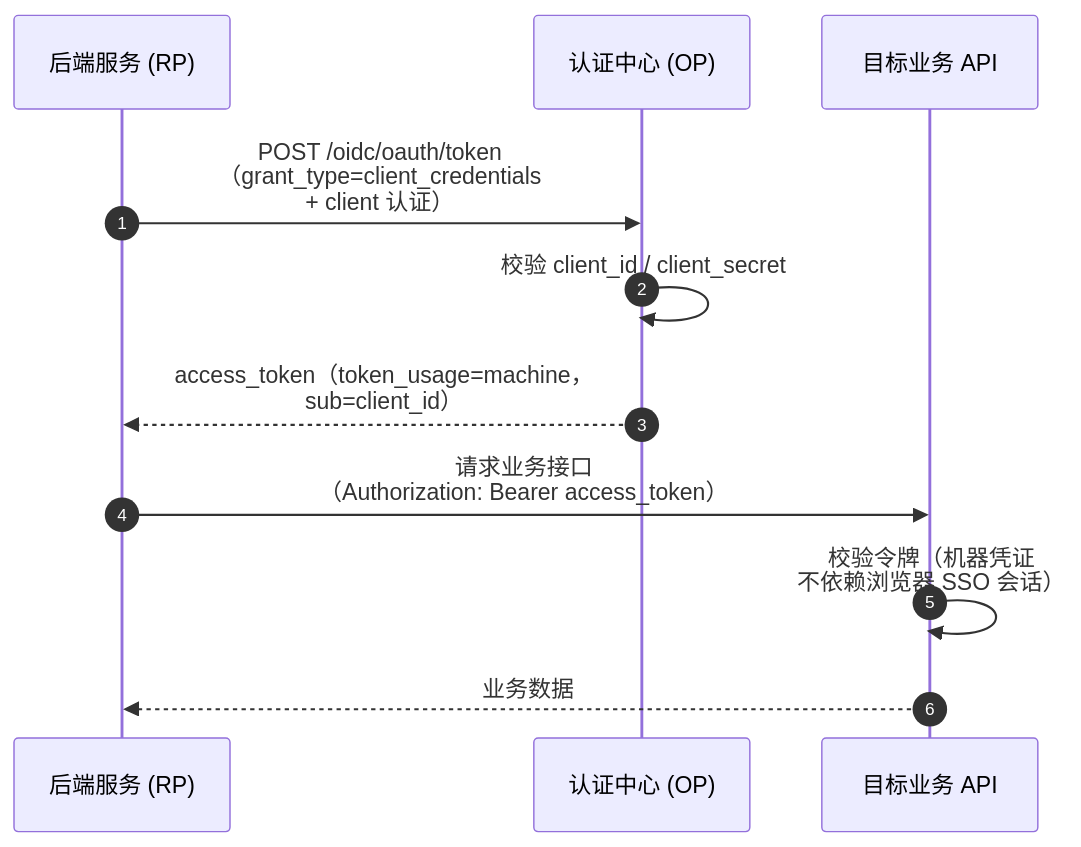
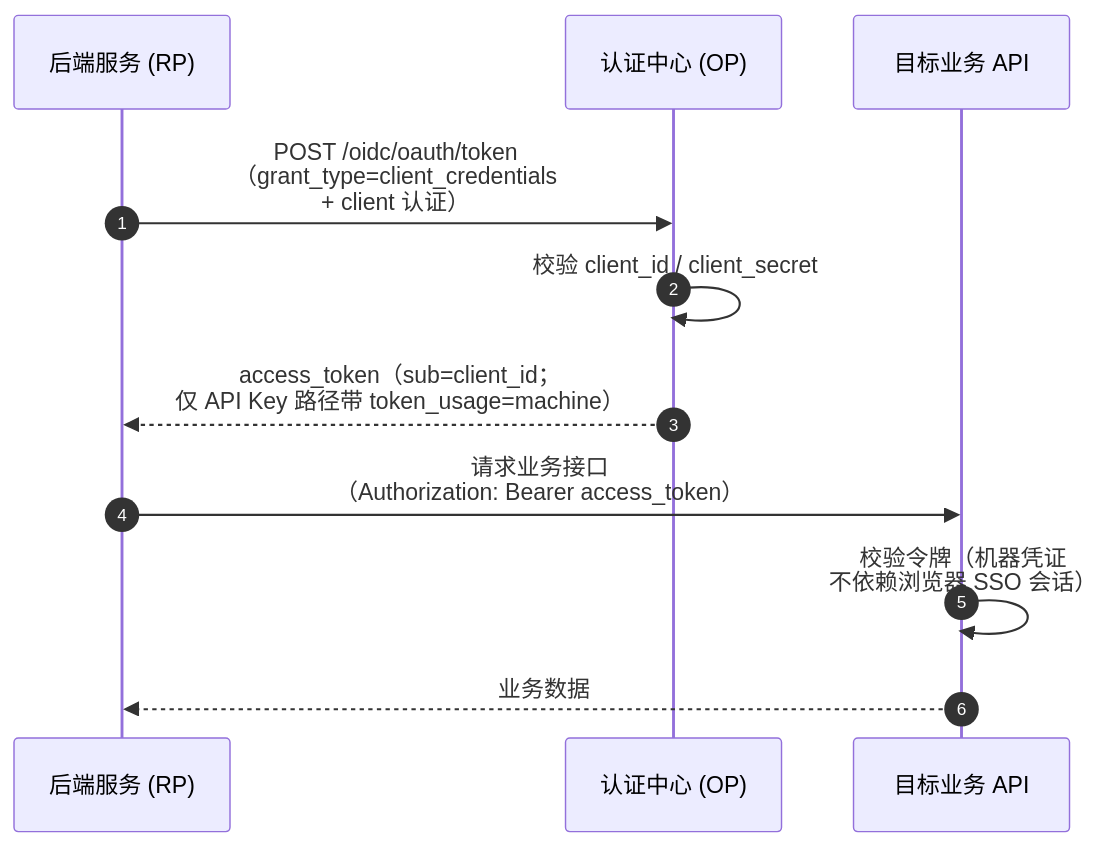
One commit to morehao/ark-iam changed the seventh of 12 diagrams in docs/design/sso-oidc-concepts.md. Above: the diagram before and after it, drawn with Mermaid. The commit also changed other lines of this file and 100 other files, not shown here.

````diff
--- a/docs/design/sso-oidc-concepts.md
+++ b/docs/design/sso-oidc-concepts.md
@@ -293,14 +297,14 @@
 ```mermaid
 sequenceDiagram
     autonumber
     participant SVC as 后端服务 (RP)
     participant OP as 认证中心 (OP)
     participant API as 目标业务 API
 
     SVC->>OP: POST /oidc/oauth/token<br/>（grant_type=client_credentials<br/>+ client 认证）
     OP->>OP: 校验 client_id / client_secret
-    OP-->>SVC: access_token（token_usage=machine，<br/>sub=client_id）
+    OP-->>SVC: access_token（sub=client_id；<br/>仅 API Key 路径带 token_usage=machine）
     SVC->>API: 请求业务接口<br/>（Authorization: Bearer access_token）
     API->>API: 校验令牌（机器凭证<br/>不依赖浏览器 SSO 会话）
     API-->>SVC: 业务数据
 ```
````
